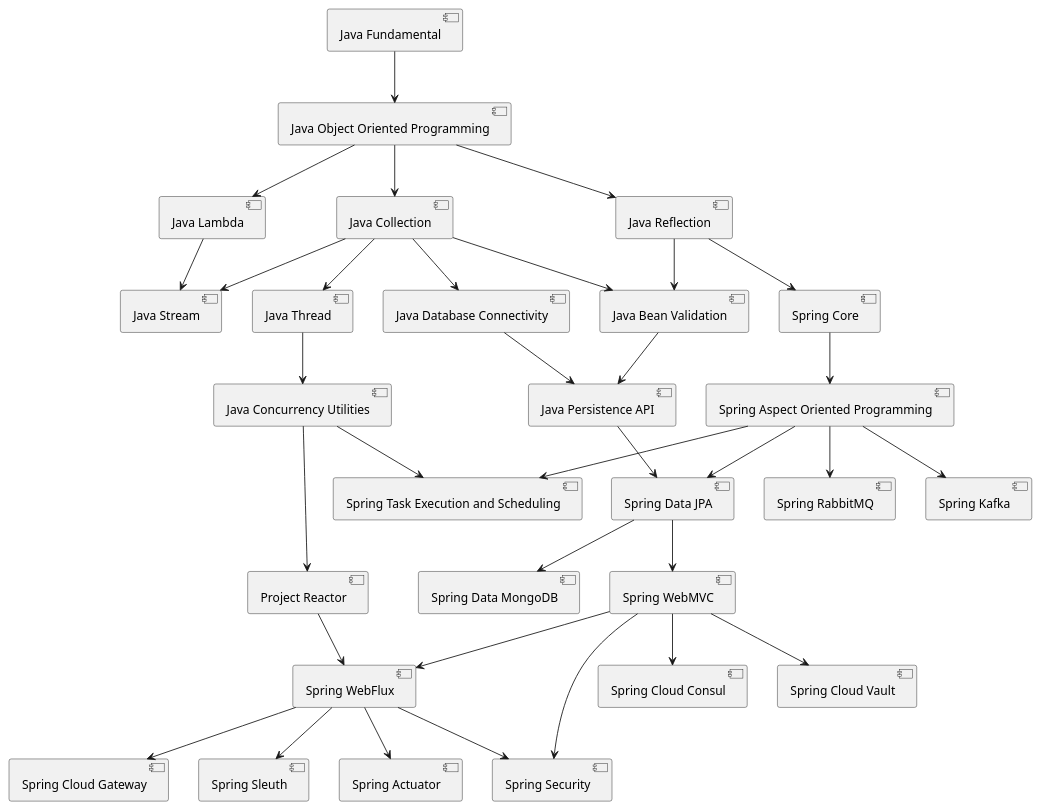
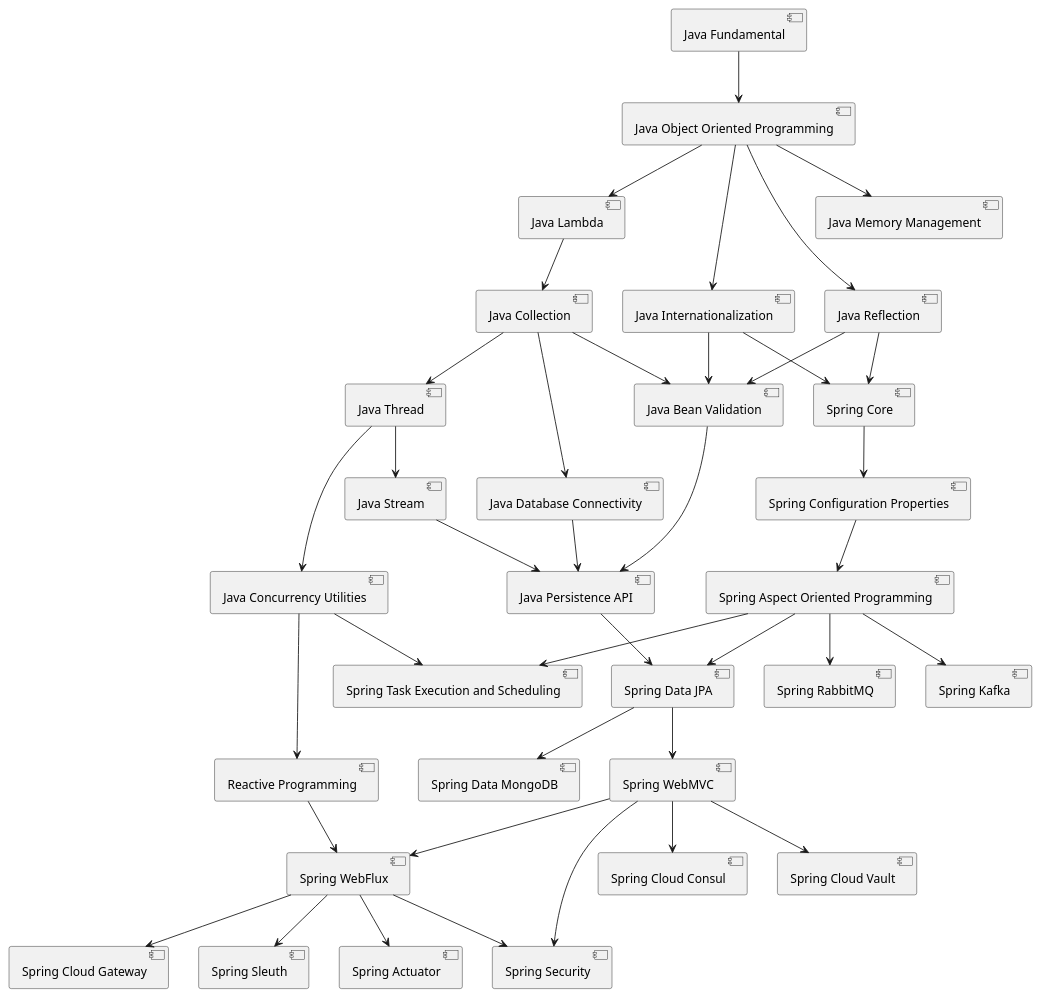
The diagram in README.md (khannedy/buku-java), drawn with PlantUML before and after one commit. The commit also changed other lines of this file, not shown here.

````diff
--- a/README.md
+++ b/README.md
@@ -5,35 +3,40 @@
 ```puml
 [Java Fundamental] --> [Java Object Oriented Programming]
 [Java Object Oriented Programming] --> [Java Lambda]
-[Java Object Oriented Programming] --> [Java Collection]
 [Java Object Oriented Programming] --> [Java Reflection]
 [Java Reflection] --> [Java Bean Validation]
 [Java Reflection] --> [Spring Core]
-[Java Lambda] --> [Java Stream]
-[Java Collection] --> [Java Stream]
+[Java Lambda] --> [Java Collection]
 [Java Collection] --> [Java Thread]
-[Java Thread] --> [Java Concurrency Utilities] 
+[Java Object Oriented Programming] --> [Java Internationalization]
+[Java Internationalization] --> [Java Bean Validation]
+[Java Internationalization] --> [Spring Core]
+[Java Thread] --> [Java Concurrency Utilities]
+[Java Thread] --> [Java Stream] 
 [Java Collection] --> [Java Bean Validation]
 [Java Collection] --> [Java Database Connectivity]
 [Java Database Connectivity] --> [Java Persistence API]
 [Java Bean Validation] --> [Java Persistence API]
-[Spring Core] --> [Spring Aspect Oriented Programming]
 [Spring Aspect Oriented Programming] --> [Spring Data JPA]
 [Java Persistence API] --> [Spring Data JPA] 
-[Java Concurrency Utilities] --> [Project Reactor]
-[Project Reactor] --> [Spring WebFlux] 
+[Java Concurrency Utilities] --> [Reactive Programming]
+[Reactive Programming] --> [Spring WebFlux] 
 [Spring Data JPA] --> [Spring WebMVC]
 [Spring WebMVC] --> [Spring WebFlux]
 [Spring Aspect Oriented Programming] --> [Spring Task Execution and Scheduling]
 [Java Concurrency Utilities] --> [Spring Task Execution and Scheduling]
 [Spring Data JPA] --> [Spring Data MongoDB]
 [Spring Aspect Oriented Programming] --> [Spring Kafka]
 [Spring Aspect Oriented Programming] --> [Spring RabbitMQ]
 [Spring WebFlux] --> [Spring Cloud Gateway]
 [Spring WebMVC] --> [Spring Security]
 [Spring WebFlux] --> [Spring Security]
 [Spring WebFlux] --> [Spring Sleuth]
 [Spring WebFlux] --> [Spring Actuator]
 [Spring WebMVC] --> [Spring Cloud Consul]
 [Spring WebMVC] --> [Spring Cloud Vault]
+[Java Stream] --> [Java Persistence API]
+[Java Object Oriented Programming] --> [Java Memory Management]
+[Spring Core] --> [Spring Configuration Properties]
+[Spring Configuration Properties] --> [Spring Aspect Oriented Programming]
 ```
````
